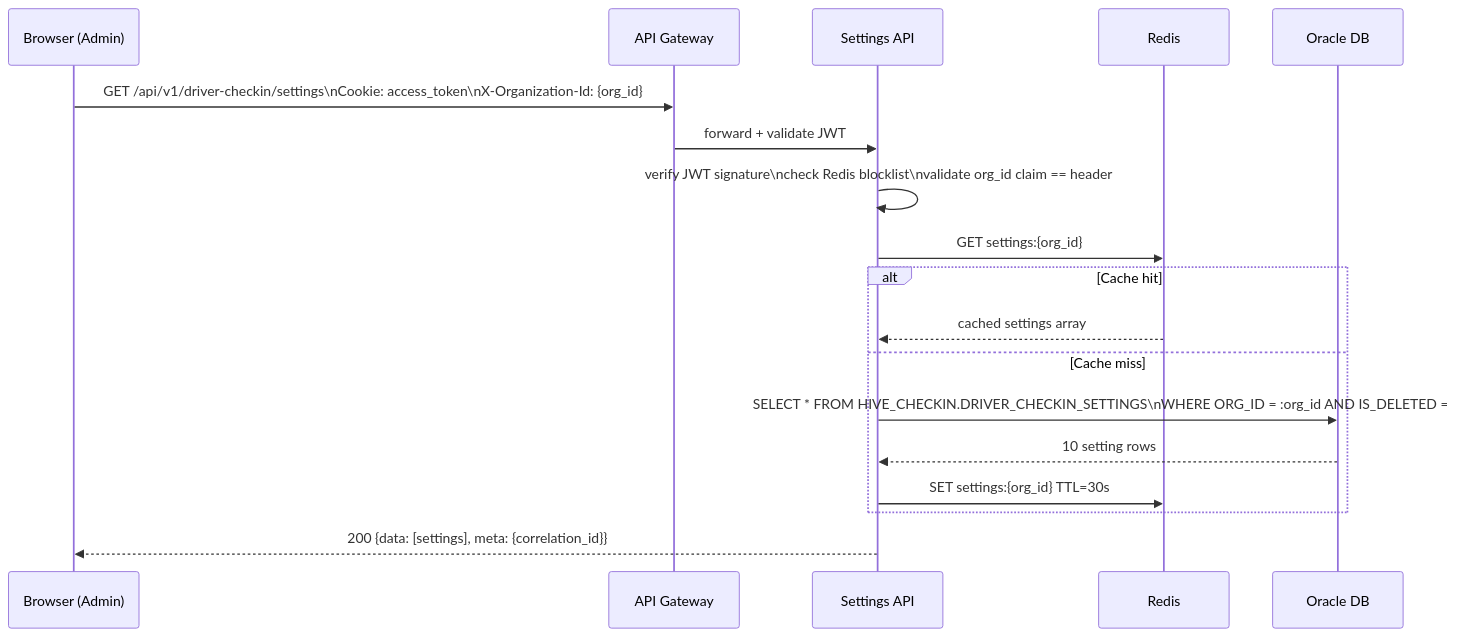
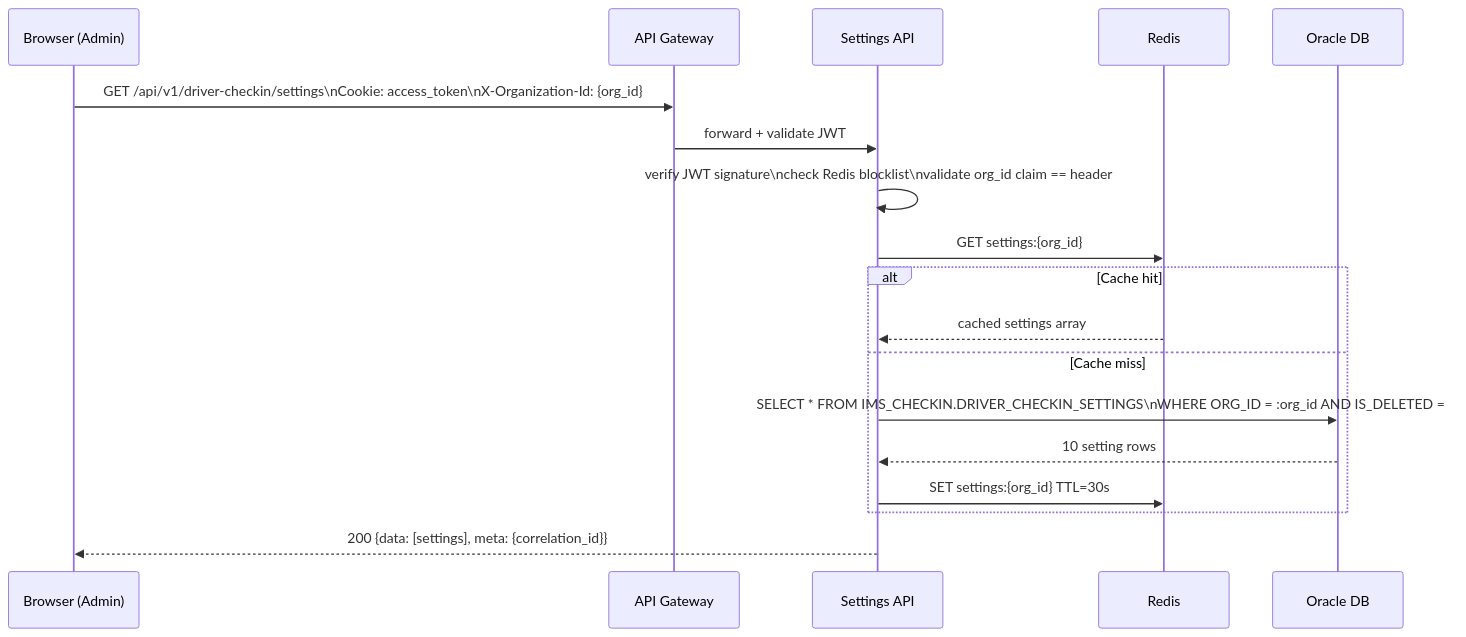
The third of 9 diagrams in design-docs/hld.md (shpratx/sfi-demo), drawn with Mermaid before and after one commit. The commit also changed other lines of this file and 139 other files, not shown here.

````diff
--- a/design-docs/hld.md
+++ b/design-docs/hld.md
@@ -115,21 +114,21 @@
 ```mermaid
 sequenceDiagram
     participant B as Browser (Admin)
     participant GW as API Gateway
     participant SETTINGS as Settings API
     participant REDIS as Redis
     participant ORA as Oracle DB
 
     B->>GW: GET /api/v1/driver-checkin/settings\nCookie: access_token\nX-Organization-Id: {org_id}
     GW->>SETTINGS: forward + validate JWT
     SETTINGS->>SETTINGS: verify JWT signature\ncheck Redis blocklist\nvalidate org_id claim == header
     SETTINGS->>REDIS: GET settings:{org_id}
     alt Cache hit
         REDIS-->>SETTINGS: cached settings array
     else Cache miss
-        SETTINGS->>ORA: SELECT * FROM HIVE_CHECKIN.DRIVER_CHECKIN_SETTINGS\nWHERE ORG_ID = :org_id AND IS_DELETED = 0
+        SETTINGS->>ORA: SELECT * FROM IMS_CHECKIN.DRIVER_CHECKIN_SETTINGS\nWHERE ORG_ID = :org_id AND IS_DELETED = 0
         ORA-->>SETTINGS: 10 setting rows
         SETTINGS->>REDIS: SET settings:{org_id} TTL=30s
     end
     SETTINGS-->>B: 200 {data: [settings], meta: {correlation_id}}
 ```
````
